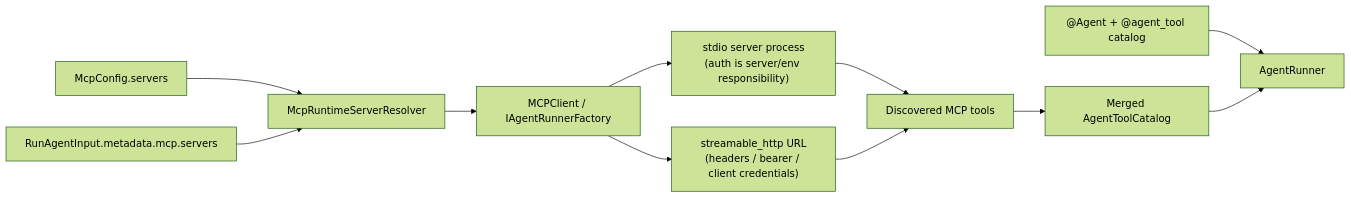
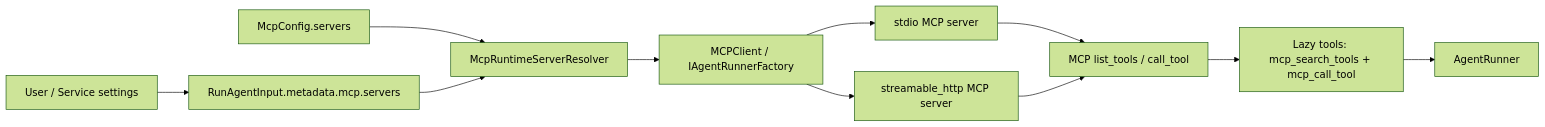
Before and after one commit to E5presso/spakky-framework: the diagram in docs/guides/agent-mcp.md, drawn with Mermaid (forest theme). The commit also changed other lines of this file and 33 other files, not shown here.

First line of the commit message:
feat(mcp)!: make external servers lazy plug-and-play

````diff
--- a/docs/guides/agent-mcp.md
+++ b/docs/guides/agent-mcp.md
@@ -28,13 +17,13 @@
 ```mermaid
 flowchart LR
-  Agent["@Agent + @agent_tool catalog"] --> Runner[AgentRunner]
+  User[User / Service settings] --> RunInput[RunAgentInput.metadata.mcp.servers]
   Config[McpConfig.servers] --> Resolver[McpRuntimeServerResolver]
-  Input[RunAgentInput.metadata.mcp.servers] --> Resolver
+  RunInput --> Resolver
   Resolver --> Client[MCPClient / IAgentRunnerFactory]
-  Client --> Stdio["stdio server process\n(auth is server/env responsibility)"]
-  Client --> Http["streamable_http URL\n(headers / bearer / client credentials)"]
-  Stdio --> ExternalTools[Discovered MCP tools]
-  Http --> ExternalTools
-  ExternalTools --> Catalog[Merged AgentToolCatalog]
-  Catalog --> Runner
+  Client --> Stdio[stdio MCP server]
+  Client --> Http[streamable_http MCP server]
+  Stdio --> Tools[MCP list_tools / call_tool]
+  Http --> Tools
+  Tools --> Lazy[Lazy tools: mcp_search_tools + mcp_call_tool]
+  Lazy --> Runner[AgentRunner]
 ```
````
